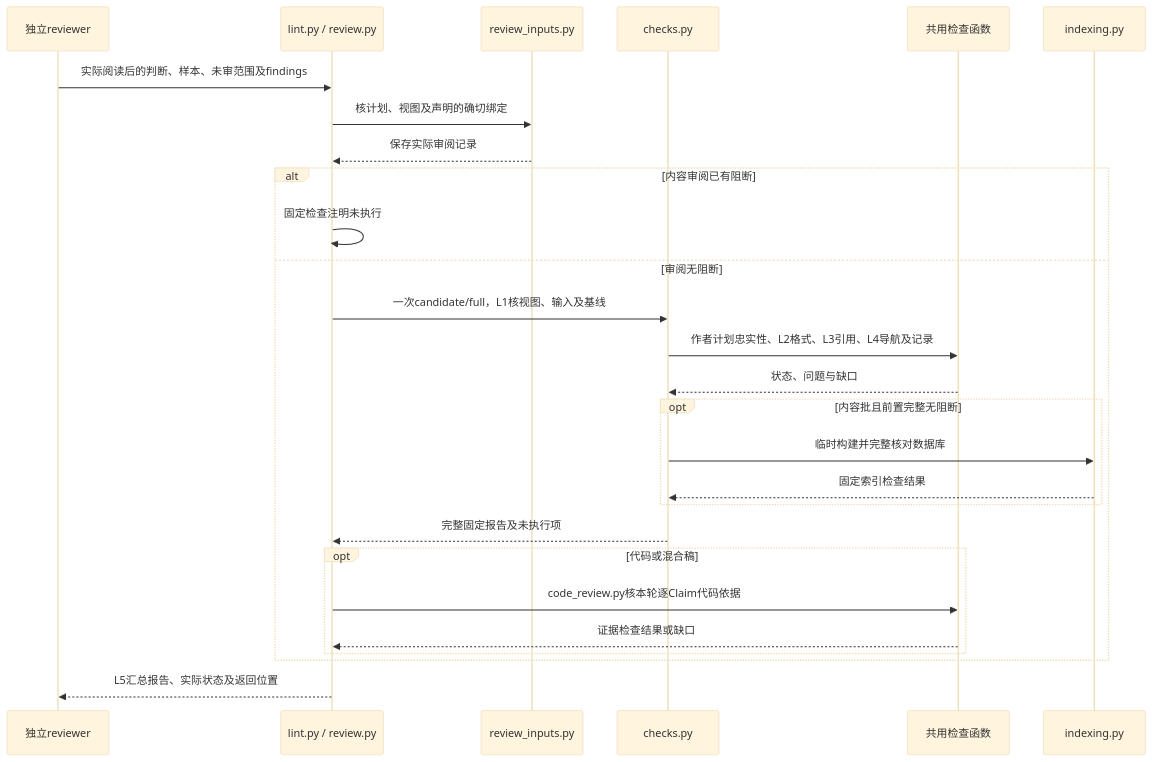
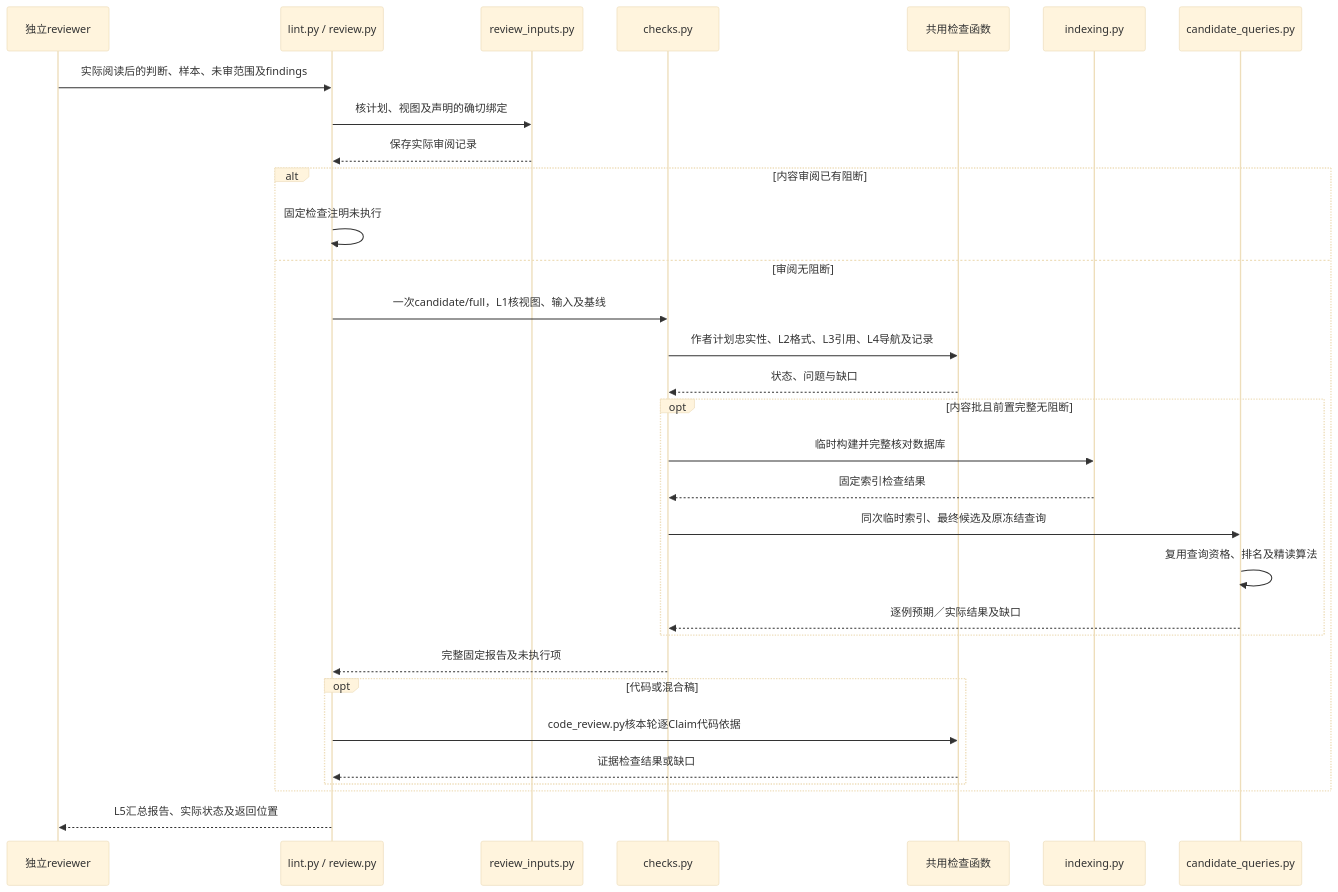
Diagram 16 of 27 in himate-knowledge-wifi-mp/docs-llm-wiki/知识库详细设计.md (Robin-hhc/FactumCore), drawn with Mermaid (base theme) before and after one commit. The commit also changed other lines of this file and 22 other files, not shown here.

````diff
--- a/himate-knowledge-wifi-mp/docs-llm-wiki/知识库详细设计.md
+++ b/himate-knowledge-wifi-mp/docs-llm-wiki/知识库详细设计.md
@@ -606,29 +606,33 @@
 ```mermaid
 sequenceDiagram
     participant A as 独立reviewer
     participant L as lint.py / review.py
     participant R as review_inputs.py
     participant C as checks.py
     participant F as 共用检查函数
     participant I as indexing.py
+    participant Q as candidate_queries.py
     A->>L: 实际阅读后的判断、样本、未审范围及findings
     L->>R: 核计划、视图及声明的确切绑定
     R-->>L: 保存实际审阅记录
     alt 内容审阅已有阻断
         L->>L: 固定检查注明未执行
     else 审阅无阻断
         L->>C: 一次candidate/full，L1核视图、输入及基线
         C->>F: 作者计划忠实性、L2格式、L3引用、L4导航及记录
         F-->>C: 状态、问题与缺口
         opt 内容批且前置完整无阻断
             C->>I: 临时构建并完整核对数据库
             I-->>C: 固定索引检查结果
+            C->>Q: 同次临时索引、最终候选及原冻结查询
+            Q->>Q: 复用查询资格、排名及精读算法
+            Q-->>C: 逐例预期／实际结果及缺口
         end
         C-->>L: 完整固定报告及未执行项
         opt 代码或混合稿
             L->>F: code_review.py核本轮逐Claim代码依据
             F-->>L: 证据检查结果或缺口
         end
     end
     L-->>A: L5汇总报告、实际状态及返回位置
 ```
````
